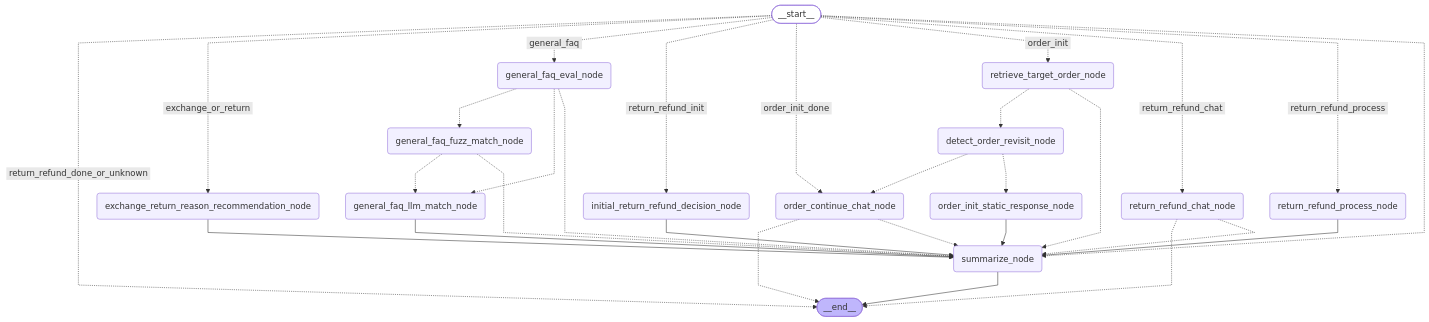
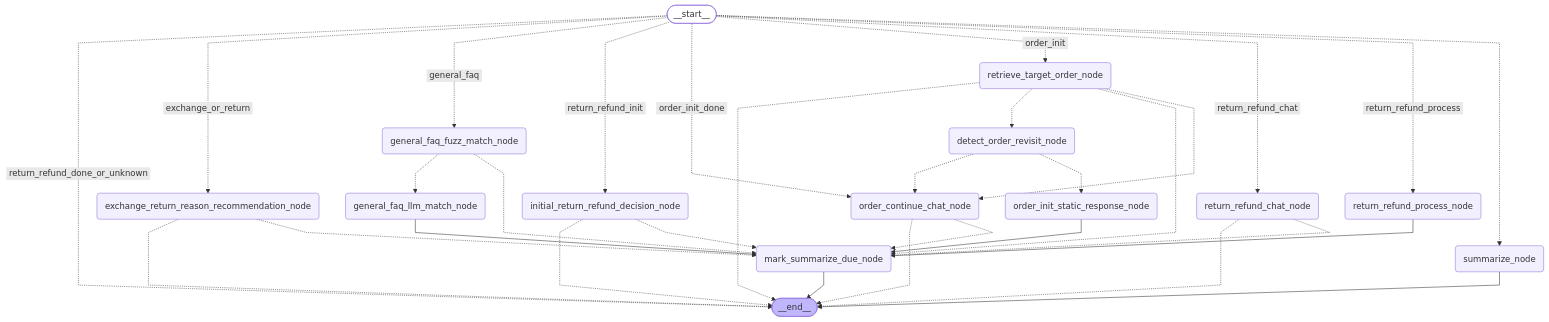
The first of 2 diagrams in README.md (threecuptea/customer-support-agents), drawn with Mermaid before and after one commit. The commit also changed 16 other files, not shown here.

First line of the commit message:
CSA-30: run summarize_node in the background, after the response is returned

````diff
--- a/README.md
+++ b/README.md
@@ -18,53 +18,55 @@
 ```mermaid
 ---
 config:
   flowchart:
     curve: linear
 ---
 graph TD;
 	__start__([<p>__start__</p>]):::first
 	summarize_node(summarize_node)
-	general_faq_eval_node(general_faq_eval_node)
+	mark_summarize_due_node(mark_summarize_due_node)
 	general_faq_fuzz_match_node(general_faq_fuzz_match_node)
 	general_faq_llm_match_node(general_faq_llm_match_node)
 	order_continue_chat_node(order_continue_chat_node)
 	retrieve_target_order_node(retrieve_target_order_node)
 	detect_order_revisit_node(detect_order_revisit_node)
 	order_init_static_response_node(order_init_static_response_node)
 	exchange_return_reason_recommendation_node(exchange_return_reason_recommendation_node)
 	initial_return_refund_decision_node(initial_return_refund_decision_node)
 	return_refund_process_node(return_refund_process_node)
 	return_refund_chat_node(return_refund_chat_node)
 	__end__([<p>__end__</p>]):::last
 	__start__ -. &nbsp;return_refund_done_or_unknown&nbsp; .-> __end__;
 	__start__ -. &nbsp;exchange_or_return&nbsp; .-> exchange_return_reason_recommendation_node;
-	__start__ -. &nbsp;general_faq&nbsp; .-> general_faq_eval_node;
+	__start__ -. &nbsp;general_faq&nbsp; .-> general_faq_fuzz_match_node;
 	__start__ -. &nbsp;return_refund_init&nbsp; .-> initial_return_refund_decision_node;
 	__start__ -. &nbsp;order_init_done&nbsp; .-> order_continue_chat_node;
 	__start__ -. &nbsp;order_init&nbsp; .-> retrieve_target_order_node;
 	__start__ -. &nbsp;return_refund_chat&nbsp; .-> return_refund_chat_node;
 	__start__ -. &nbsp;return_refund_process&nbsp; .-> return_refund_process_node;
 	__start__ -.-> summarize_node;
 	detect_order_revisit_node -.-> order_continue_chat_node;
 	detect_order_revisit_node -.-> order_init_static_response_node;
-	exchange_return_reason_recommendation_node --> summarize_node;
-	general_faq_eval_node -.-> general_faq_fuzz_match_node;
-	general_faq_eval_node -.-> general_faq_llm_match_node;
-	general_faq_eval_node -.-> summarize_node;
+	exchange_return_reason_recommendation_node -.-> __end__;
+	exchange_return_reason_recommendation_node -.-> mark_summarize_due_node;
 	general_faq_fuzz_match_node -.-> general_faq_llm_match_node;
-	general_faq_fuzz_match_node -.-> summarize_node;
-	general_faq_llm_match_node --> summarize_node;
-	initial_return_refund_decision_node --> summarize_node;
+	general_faq_fuzz_match_node -.-> mark_summarize_due_node;
+	general_faq_llm_match_node --> mark_summarize_due_node;
+	initial_return_refund_decision_node -.-> __end__;
+	initial_return_refund_decision_node -.-> mark_summarize_due_node;
 	order_continue_chat_node -.-> __end__;
-	order_continue_chat_node -.-> summarize_node;
-	order_init_static_response_node --> summarize_node;
+	order_continue_chat_node -.-> mark_summarize_due_node;
+	order_init_static_response_node --> mark_summarize_due_node;
+	retrieve_target_order_node -.-> __end__;
 	retrieve_target_order_node -.-> detect_order_revisit_node;
-	retrieve_target_order_node -.-> summarize_node;
+	retrieve_target_order_node -.-> mark_summarize_due_node;
+	retrieve_target_order_node -.-> order_continue_chat_node;
 	return_refund_chat_node -.-> __end__;
-	return_refund_chat_node -.-> summarize_node;
-	return_refund_process_node --> summarize_node;
+	return_refund_chat_node -.-> mark_summarize_due_node;
+	return_refund_process_node --> mark_summarize_due_node;
+	mark_summarize_due_node --> __end__;
 	summarize_node --> __end__;
 	classDef default fill:#f2f0ff,line-height:1.2
 	classDef first fill-opacity:0
 	classDef last fill:#bfb6fc
 ```
````
